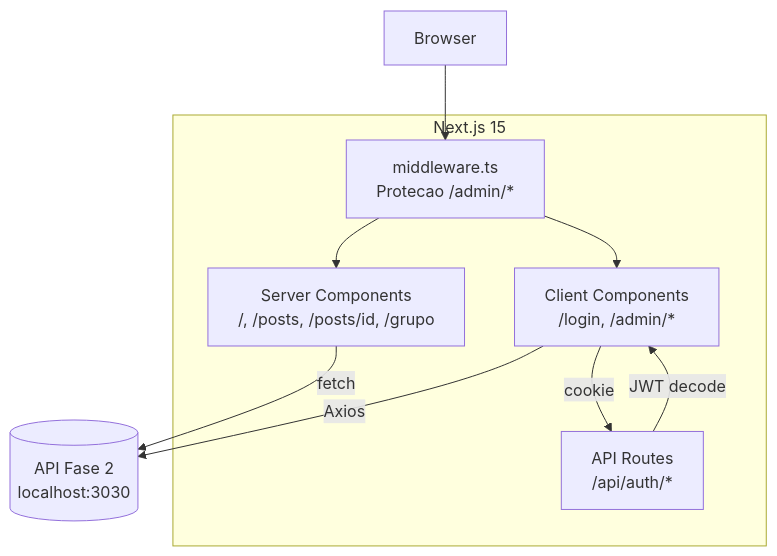
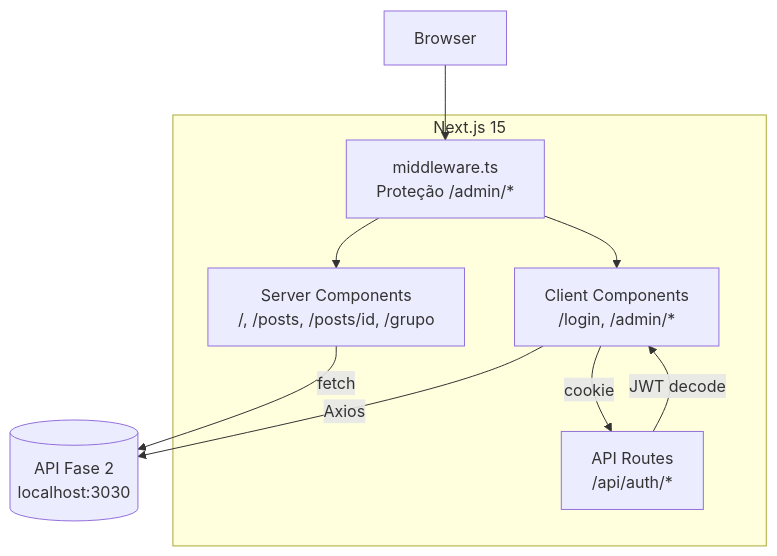
Before and after one commit to natanjunior/8FSDT-tech-challenge-3: the first of 2 diagrams in README.md, drawn with Mermaid. The commit also changed other lines of this file, not shown here.

````diff
--- a/README.md
+++ b/README.md
@@ -118,21 +118,21 @@
 ```mermaid
 graph TB
     Browser[Browser]
 
     subgraph "Next.js 15"
-        MW[middleware.ts<br/>Protecao /admin/*]
+        MW[middleware.ts<br/>Proteção /admin/*]
         SC[Server Components<br/>/, /posts, /posts/id, /grupo]
         CC[Client Components<br/>/login, /admin/*]
         API[API Routes<br/>/api/auth/*]
     end
 
     Backend[(API Fase 2<br/>localhost:3030)]
 
     Browser --> MW
     MW --> SC
     MW --> CC
     SC -->|fetch| Backend
     CC -->|Axios| Backend
     CC -->|cookie| API
     API -->|JWT decode| CC
 ```
````
